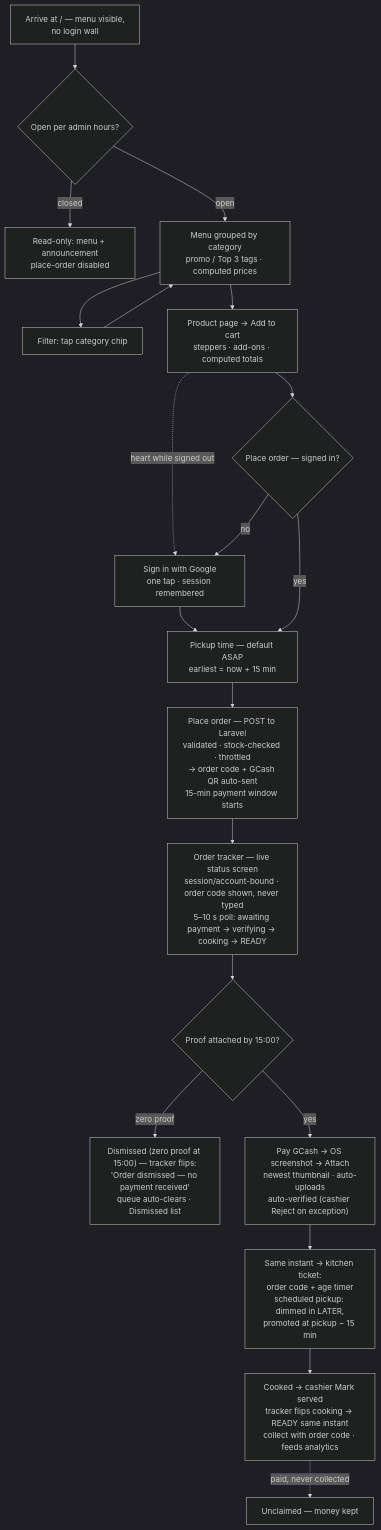
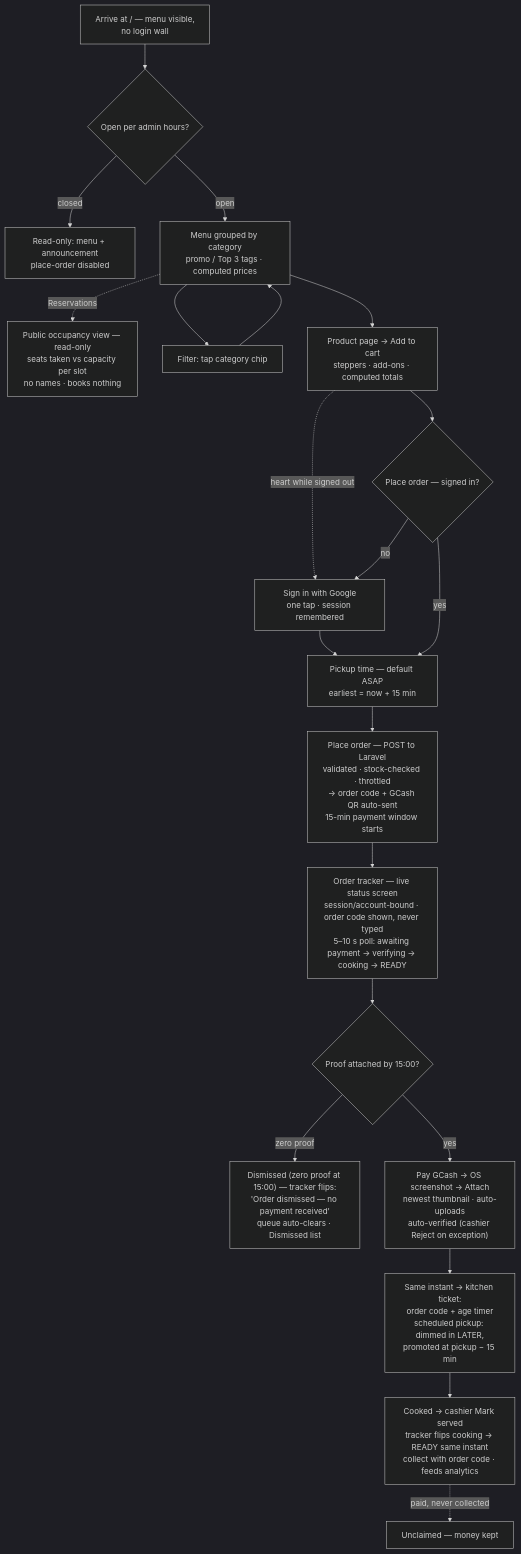
One commit to S1NXIAN/CRNP changed the diagram in docs/flow-charts/customer.md. Above: the diagram before and after it, drawn with Mermaid (dark theme). The commit also changed 5 other files, not shown here.

First line of the commit message:
docs: lookup-first reservations + occupancy view, fix 004

````diff
--- a/docs/flow-charts/customer.md
+++ b/docs/flow-charts/customer.md
@@ -6,22 +6,23 @@
 ```mermaid
 flowchart TD
     A["Arrive at / — menu visible,<br/>no login wall"] --> B{"Open per admin hours?"}
     B -->|"closed"| C["Read-only: menu + announcement<br/>place-order disabled"]
     B -->|"open"| D["Menu grouped by category<br/>promo / Top 3 tags · computed prices"]
+    D -.->|"Reservations"| V["Public occupancy view — read-only<br/>seats taken vs capacity per slot<br/>no names · books nothing"]
     D --> E["Filter: tap category chip"]
     E --> D
     D --> F["Product page → Add to cart<br/>steppers · add-ons · computed totals"]
     F -.->|"heart while signed out"| G
     F --> H{"Place order — signed in?"}
     H -->|"no"| G["Sign in with Google<br/>one tap · session remembered"]
     G --> I["Pickup time — default ASAP<br/>earliest = now + 15 min"]
     H -->|"yes"| I
     I --> J["Place order — POST to Laravel<br/>validated · stock-checked · throttled<br/>→ order code + GCash QR auto-sent<br/>15-min payment window starts"]
     J --> T["Order tracker — live status screen<br/>session/account-bound · order code shown, never typed<br/>5–10 s poll: awaiting payment → verifying → cooking → READY"]
     T --> K{"Proof attached by 15:00?"}
     K -->|"zero proof"| L["Dismissed (zero proof at 15:00) — tracker flips:<br/>'Order dismissed — no payment received'<br/>queue auto-clears · Dismissed list"]
     K -->|"yes"| M["Pay GCash → OS screenshot → Attach<br/>newest thumbnail · auto-uploads<br/>auto-verified (cashier Reject on exception)"]
     M --> N["Same instant → kitchen ticket:<br/>order code + age timer<br/>scheduled pickup: dimmed in LATER,<br/>promoted at pickup − 15 min"]
     N --> O["Cooked → cashier Mark served<br/>tracker flips cooking → READY same instant<br/>collect with order code · feeds analytics"]
     O -.->|"paid, never collected"| P["Unclaimed — money kept"]
 ```
````
